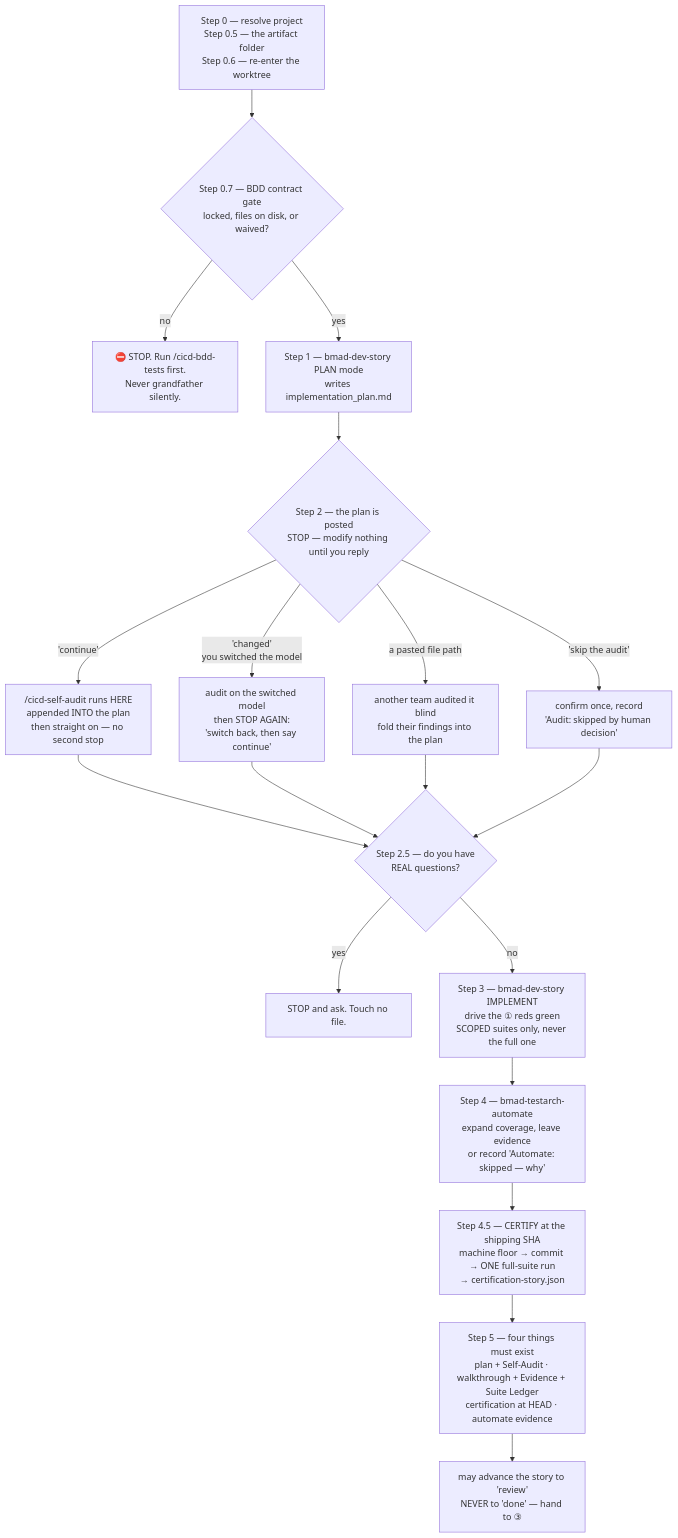
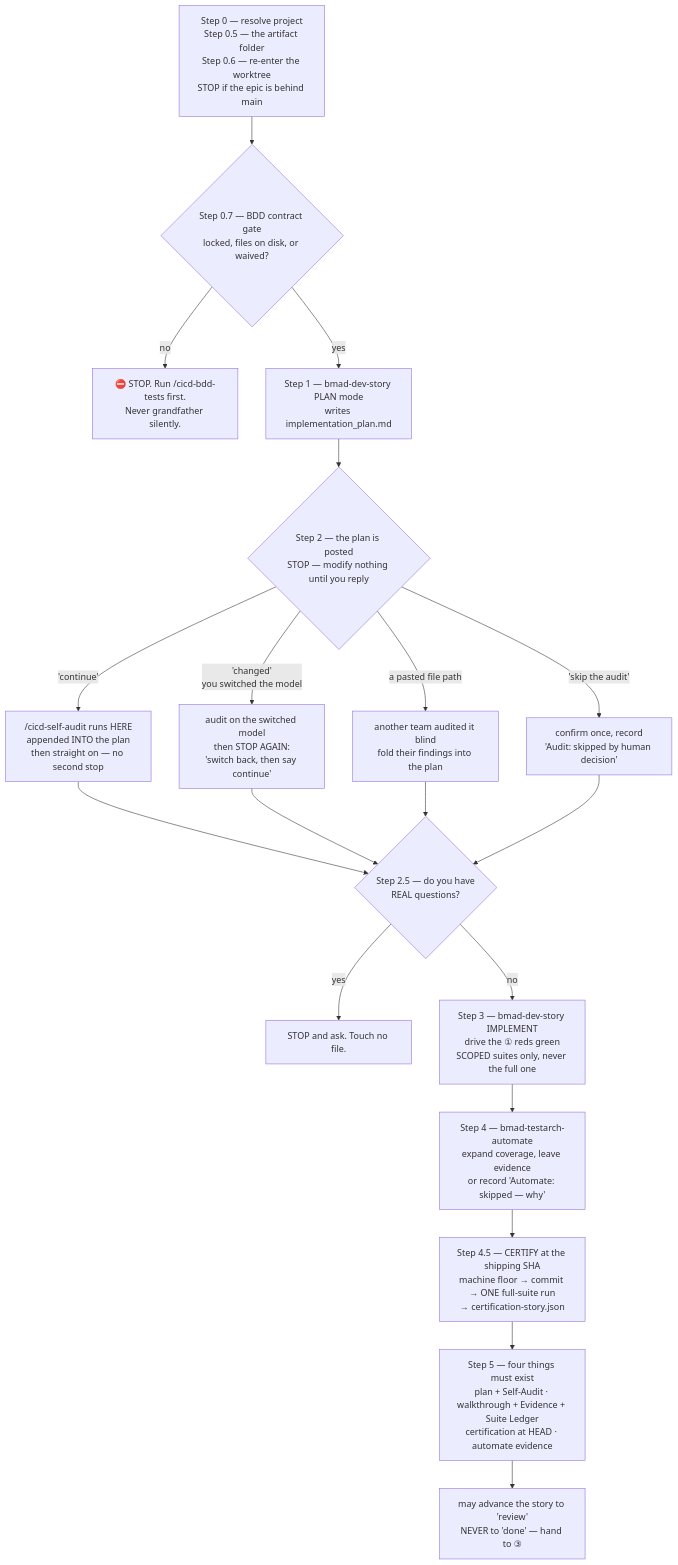
Diagram 20 of 46 in docs/_scc_sops_prds/workflows_testing_SOP.md (sudomadhatter/Sudo_Hatter_Command), drawn with Mermaid before and after one commit. The commit also changed other lines of this file and 6 other files, not shown here.

First line of the commit message:
SCC-383 docs(story-lane): STOP before planning when the epic branch is behind main

````diff
--- a/docs/_scc_sops_prds/workflows_testing_SOP.md
+++ b/docs/_scc_sops_prds/workflows_testing_SOP.md
@@ -3440,21 +3449,21 @@
 ```mermaid
 flowchart TD
-    S0["Step 0 — resolve project\nStep 0.5 — the artifact folder\nStep 0.6 — re-enter the worktree"] --> S07{"Step 0.7 — BDD contract gate\nlocked, files on disk, or waived?"}
+    S0["Step 0 — resolve project\nStep 0.5 — the artifact folder\nStep 0.6 — re-enter the worktree\nSTOP if the epic is behind main"] --> S07{"Step 0.7 — BDD contract gate\nlocked, files on disk, or waived?"}
     S07 -- "no" --> STOP0["⛔ STOP. Run /cicd-bdd-tests first.\nNever grandfather silently."]
     S07 -- "yes" --> S1["Step 1 — bmad-dev-story PLAN mode\nwrites implementation_plan.md"]
     S1 --> GATE{"Step 2 — the plan is posted\nSTOP — modify nothing until you reply"}
     GATE -- "'continue'" --> A1["/cicd-self-audit runs HERE\nappended INTO the plan\nthen straight on — no second stop"]
     GATE -- "'changed'\nyou switched the model" --> A2["audit on the switched model\nthen STOP AGAIN:\n'switch back, then say continue'"]
     GATE -- "a pasted file path" --> A3["another team audited it blind\nfold their findings into the plan"]
     GATE -- "'skip the audit'" --> A4["confirm once, record\n'Audit: skipped by human decision'"]
     A1 --> S25{"Step 2.5 — do you have\nREAL questions?"}
     A2 --> S25
     A3 --> S25
     A4 --> S25
     S25 -- "yes" --> ASK["STOP and ask. Touch no file."]
     S25 -- "no" --> S3["Step 3 — bmad-dev-story IMPLEMENT\ndrive the ① reds green\nSCOPED suites only, never the full one"]
     S3 --> S4["Step 4 — bmad-testarch-automate\nexpand coverage, leave evidence\nor record 'Automate: skipped — why'"]
     S4 --> S45["Step 4.5 — CERTIFY at the shipping SHA\nmachine floor → commit → ONE full-suite run\n→ certification-story.json"]
     S45 --> S5["Step 5 — four things must exist\nplan + Self-Audit · walkthrough + Evidence + Suite Ledger\ncertification at HEAD · automate evidence"]
     S5 --> OUT["may advance the story to 'review'\nNEVER to 'done' — hand to ③"]
 ```
````
